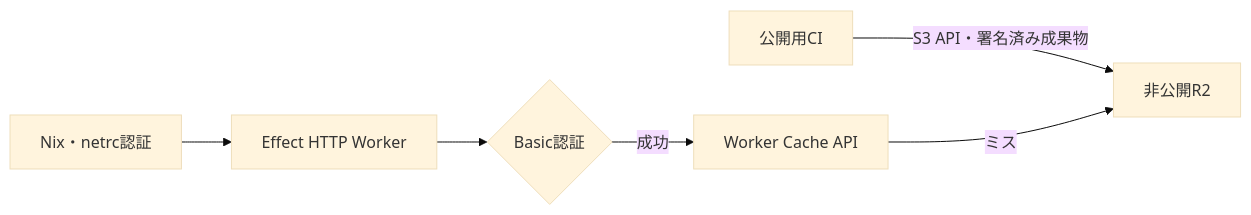
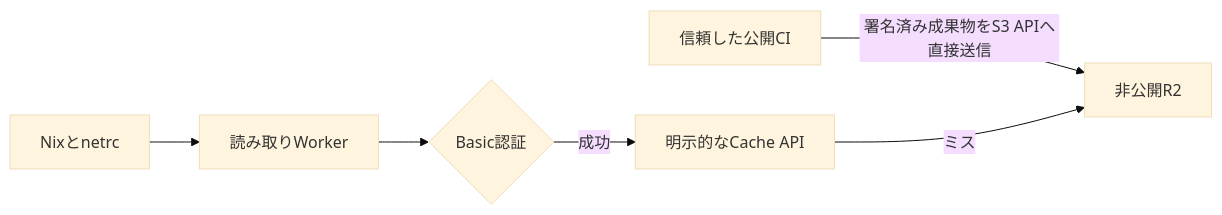
The diagram in README.md (totto2727-org/nix-cache), drawn with Mermaid (base theme) before and after one commit. The commit also changed other lines of this file and 1 other file, not shown here.

Commit message:
docs: explain private cache usage and Effect-first contribution rules

````diff
--- a/README.md
+++ b/README.md
@@ -8,8 +15,8 @@
 ```mermaid
 flowchart LR
-  Publisher[公開用CI] -->|S3 API・署名済み成果物| R2[非公開R2]
-  Client[Nix・netrc認証] --> Worker[Effect HTTP Worker]
+  Publisher[信頼した公開CI] -->|署名済み成果物をS3 APIへ直接送信| R2[非公開R2]
+  Client[Nixとnetrc] --> Worker[読み取りWorker]
   Worker --> Auth{Basic認証}
-  Auth -->|成功| Cache[Worker Cache API]
+  Auth -->|成功| Cache[明示的なCache API]
   Cache -->|ミス| R2
 ```
````
